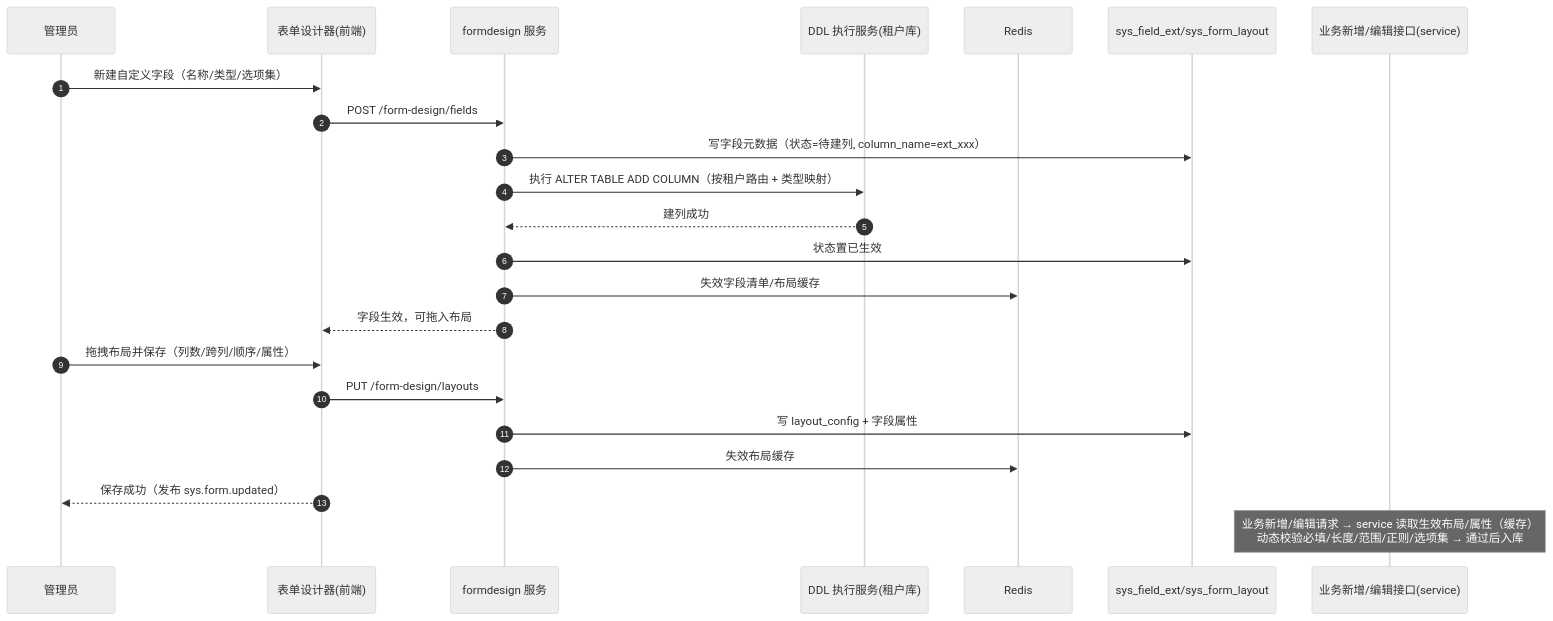
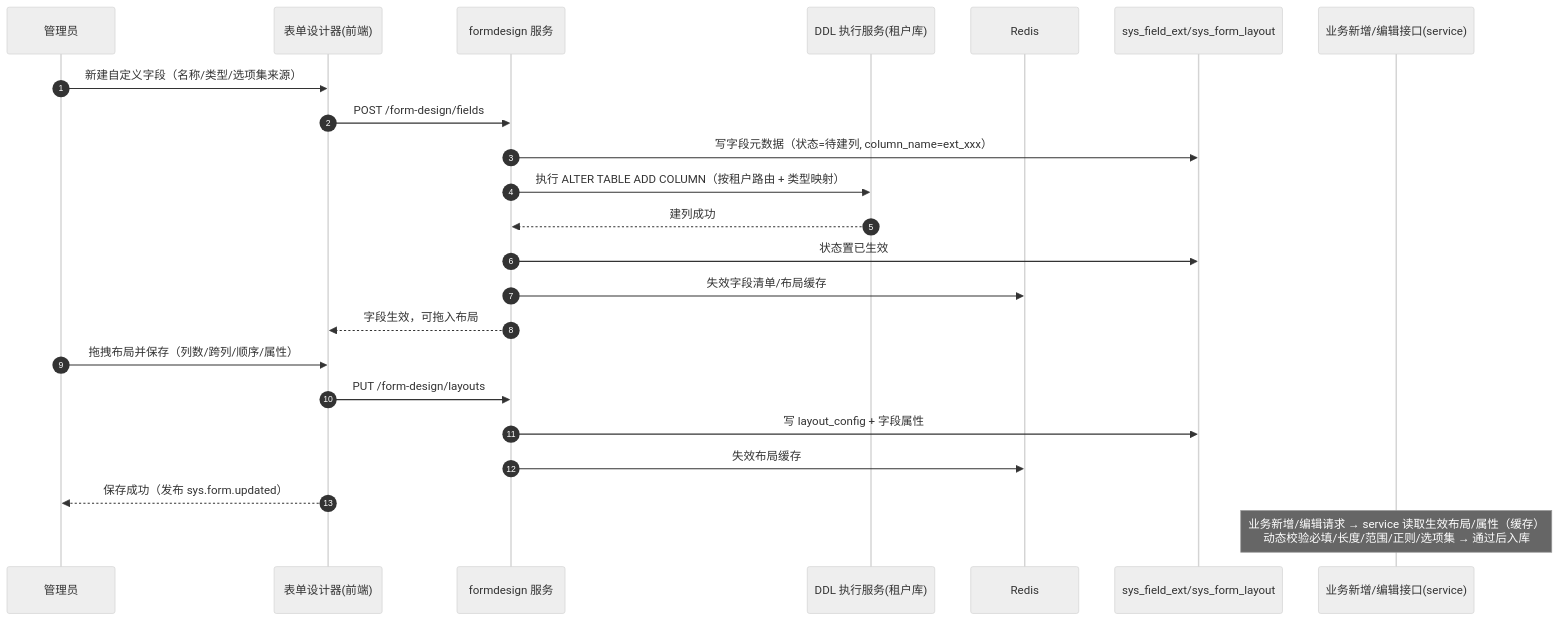
The diagram in bms文档/设计/概要设计/36_概要设计_表单定制.md (minjian123/basic-management-system), drawn with Mermaid (neutral theme) before and after one commit. The commit also changed other lines of this file and 26 other files, not shown here.

````diff
--- a/bms文档/设计/概要设计/36_概要设计_表单定制.md
+++ b/bms文档/设计/概要设计/36_概要设计_表单定制.md
@@ -68,26 +70,26 @@
 ```mermaid
 sequenceDiagram
     autonumber
     participant 管理员
     participant 设计器 as 表单设计器(前端)
     participant 定制服务 as formdesign 服务
     participant DDL服务 as DDL 执行服务(租户库)
     participant Redis
     participant 元数据 as sys_field_ext/sys_form_layout
     participant 业务接口 as 业务新增/编辑接口(service)
 
-    管理员->>设计器: 新建自定义字段（名称/类型/选项集）
+    管理员->>设计器: 新建自定义字段（名称/类型/选项集来源）
     设计器->>定制服务: POST /form-design/fields
     定制服务->>元数据: 写字段元数据（状态=待建列, column_name=ext_xxx）
     定制服务->>DDL服务: 执行 ALTER TABLE ADD COLUMN（按租户路由 + 类型映射）
     DDL服务-->>定制服务: 建列成功
     定制服务->>元数据: 状态置已生效
     定制服务->>Redis: 失效字段清单/布局缓存
     定制服务-->>设计器: 字段生效，可拖入布局
     管理员->>设计器: 拖拽布局并保存（列数/跨列/顺序/属性）
     设计器->>定制服务: PUT /form-design/layouts
     定制服务->>元数据: 写 layout_config + 字段属性
     定制服务->>Redis: 失效布局缓存
     设计器-->>管理员: 保存成功（发布 sys.form.updated）
     Note over 业务接口: 业务新增/编辑请求 → service 读取生效布局/属性（缓存）<br/>动态校验必填/长度/范围/正则/选项集 → 通过后入库
 ```
````
